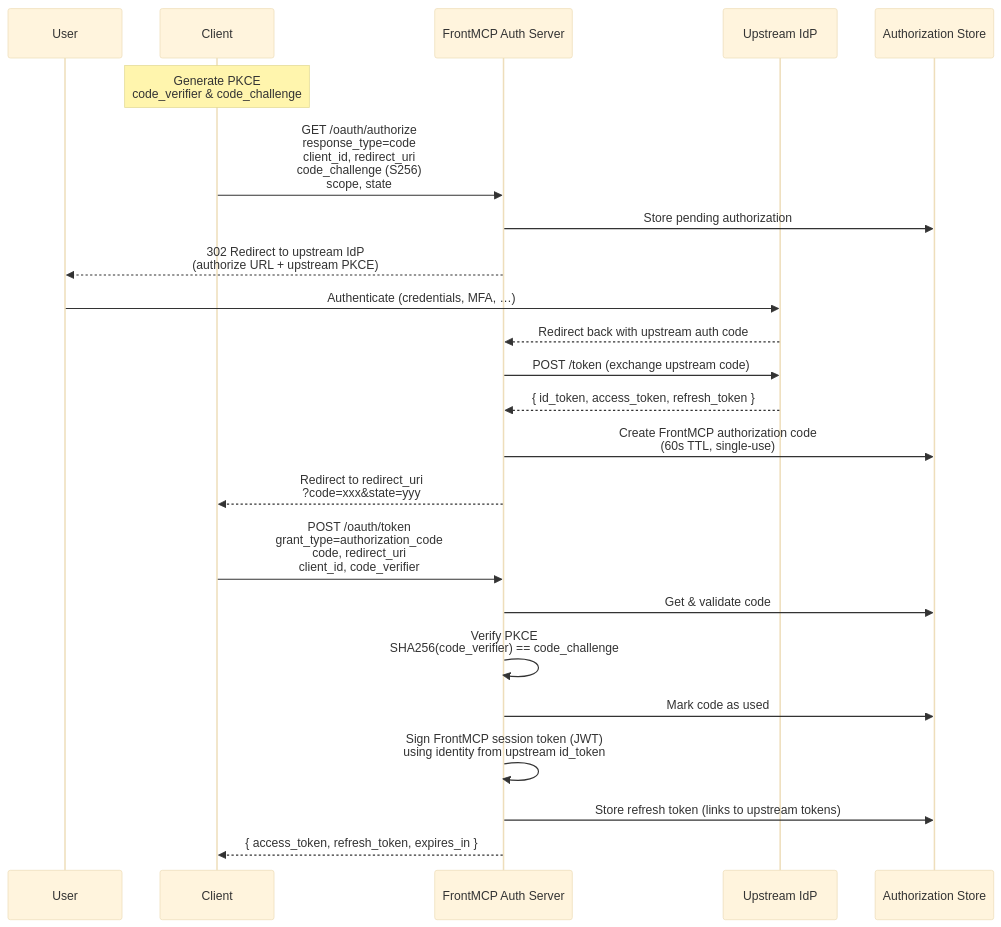
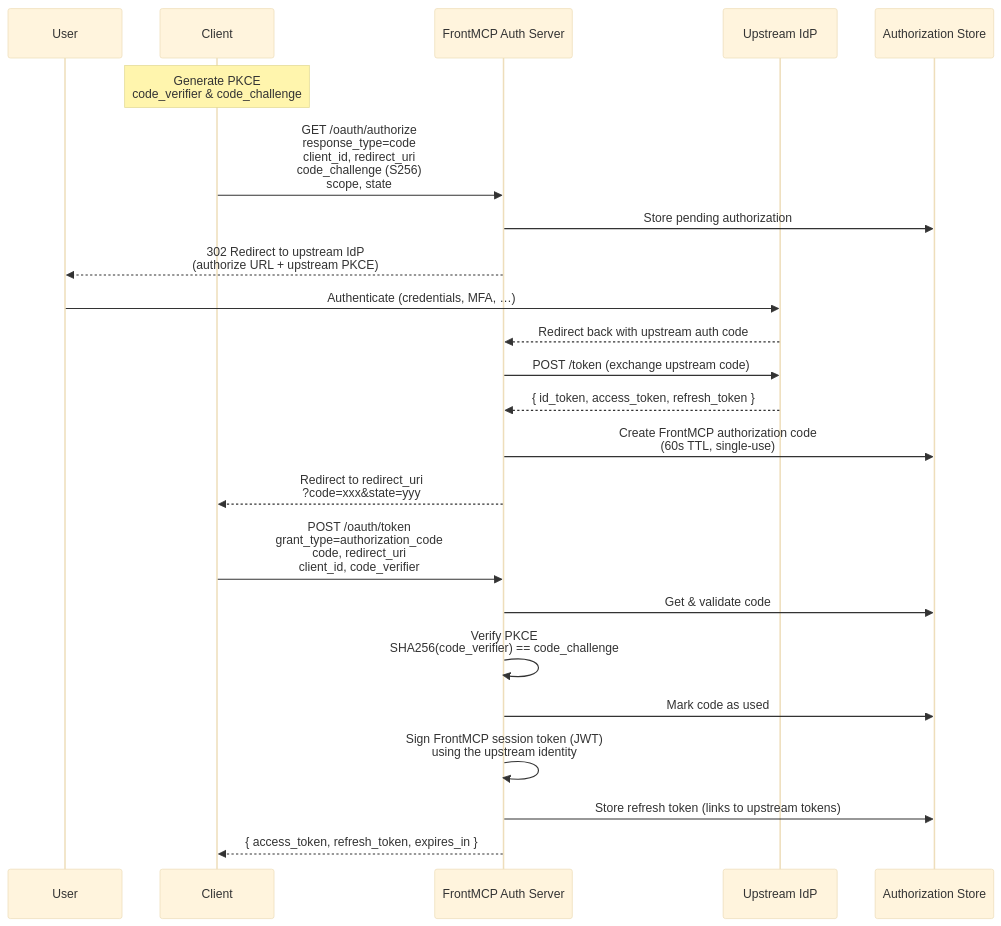
The fourth of 6 diagrams in docs/frontmcp/authentication/modes.mdx (agentfront/frontmcp), drawn with Mermaid (base theme) before and after one commit. The commit also changed other lines of this file and 64 other files, not shown here.

````diff
--- a/docs/frontmcp/authentication/modes.mdx
+++ b/docs/frontmcp/authentication/modes.mdx
@@ -335,32 +337,32 @@
 ```mermaid
 sequenceDiagram
     participant User
     participant Client
     participant FrontMCP as FrontMCP Auth Server
     participant IdP as Upstream IdP
     participant Store as Authorization Store
 
     Note over Client: Generate PKCE<br/>code_verifier & code_challenge
 
     Client->>FrontMCP: GET /oauth/authorize<br/>response_type=code<br/>client_id, redirect_uri<br/>code_challenge (S256)<br/>scope, state
 
     FrontMCP->>Store: Store pending authorization
     FrontMCP-->>User: 302 Redirect to upstream IdP<br/>(authorize URL + upstream PKCE)
 
     User->>IdP: Authenticate (credentials, MFA, …)
     IdP-->>FrontMCP: Redirect back with upstream auth code
     FrontMCP->>IdP: POST /token (exchange upstream code)
     IdP-->>FrontMCP: { id_token, access_token, refresh_token }
 
     FrontMCP->>Store: Create FrontMCP authorization code<br/>(60s TTL, single-use)
     FrontMCP-->>Client: Redirect to redirect_uri<br/>?code=xxx&state=yyy
 
     Client->>FrontMCP: POST /oauth/token<br/>grant_type=authorization_code<br/>code, redirect_uri<br/>client_id, code_verifier
 
     FrontMCP->>Store: Get & validate code
     FrontMCP->>FrontMCP: Verify PKCE<br/>SHA256(code_verifier) == code_challenge
     FrontMCP->>Store: Mark code as used
-    FrontMCP->>FrontMCP: Sign FrontMCP session token (JWT)<br/>using identity from upstream id_token
+    FrontMCP->>FrontMCP: Sign FrontMCP session token (JWT)<br/>using the upstream identity
     FrontMCP->>Store: Store refresh token (links to upstream tokens)
     FrontMCP-->>Client: { access_token, refresh_token, expires_in }
 ```
````
